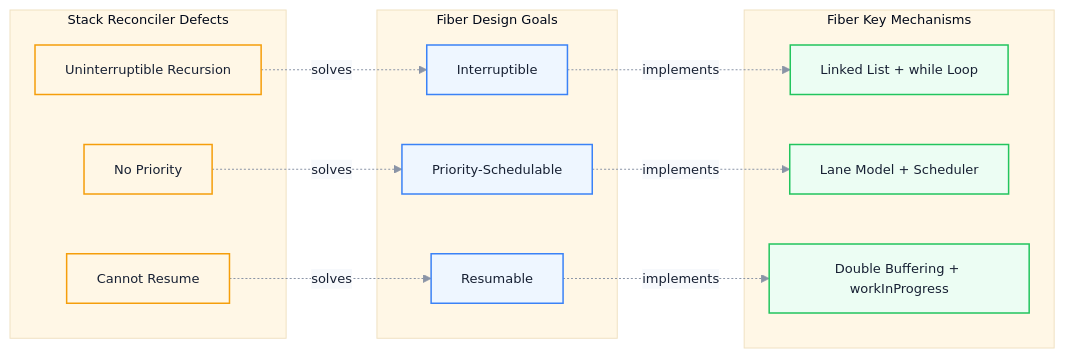
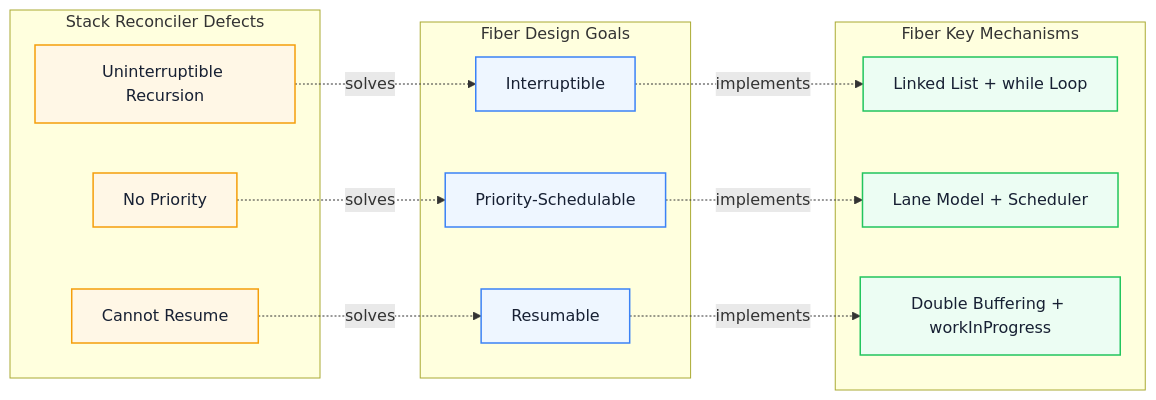
The first of 7 diagrams in docs/en/frameworks/react-fiber.md (Fatejian/frontier-vault), drawn with Mermaid before and after one commit. The commit also changed other lines of this file and 41 other files, not shown here.

````diff
--- a/docs/en/frameworks/react-fiber.md
+++ b/docs/en/frameworks/react-fiber.md
@@ -121,33 +103,32 @@
 ```mermaid
-%%{init: {'theme': 'base', 'themeVariables': { 'fontFamily': 'Inter, PingFang SC, Microsoft YaHei, sans-serif', 'primaryColor': '#EEF6FF', 'primaryTextColor': '#172033', 'primaryBorderColor': '#6EA8FE', 'lineColor': '#8A94A6', 'secondaryColor': '#F7F9FC', 'tertiaryColor': '#FFF7E6', 'fontSize': '13px'}}}%%
 flowchart LR
     subgraph Stack["Stack Reconciler Defects"]
         S1["Uninterruptible Recursion"]
         S2["No Priority"]
         S3["Cannot Resume"]
     end
 
-    subgraph Fiber["Fiber Design Goals"]
+    subgraph Goal["Fiber Design Goals"]
         F1["Interruptible"]
         F2["Priority-Schedulable"]
         F3["Resumable"]
     end
 
     subgraph Impl["Fiber Key Mechanisms"]
         I1["Linked List + while Loop"]
         I2["Lane Model + Scheduler"]
         I3["Double Buffering + workInProgress"]
     end
 
     S1 -.solves.-> F1 -.implements.-> I1
     S2 -.solves.-> F2 -.implements.-> I2
     S3 -.solves.-> F3 -.implements.-> I3
 
-    classDef defect fill:#FFF7E6,stroke:#F59E0B,color:#172033,stroke-width:1.5px;
-    classDef goal fill:#EEF6FF,stroke:#3B82F6,color:#172033,stroke-width:1.5px;
-    classDef impl fill:#ECFDF3,stroke:#22C55E,color:#172033,stroke-width:1.5px;
+    classDef block fill:#FFF7E6,stroke:#F59E0B,color:#172033,stroke-width:1.5px;
+    classDef wait fill:#EEF6FF,stroke:#3B82F6,color:#172033,stroke-width:1.5px;
+    classDef work fill:#ECFDF3,stroke:#22C55E,color:#172033,stroke-width:1.5px;
 
-    class S1,S2,S3 defect;
-    class F1,F2,F3 goal;
-    class I1,I2,I3 impl;
+    class S1,S2,S3 block;
+    class F1,F2,F3 wait;
+    class I1,I2,I3 work;
 ```
````
